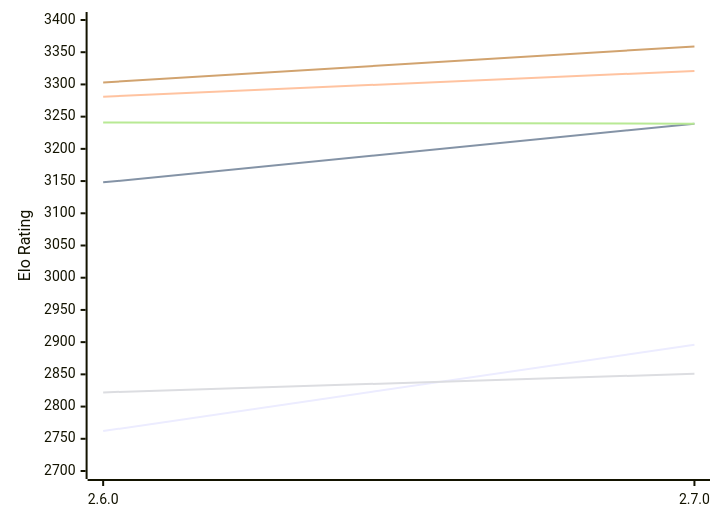
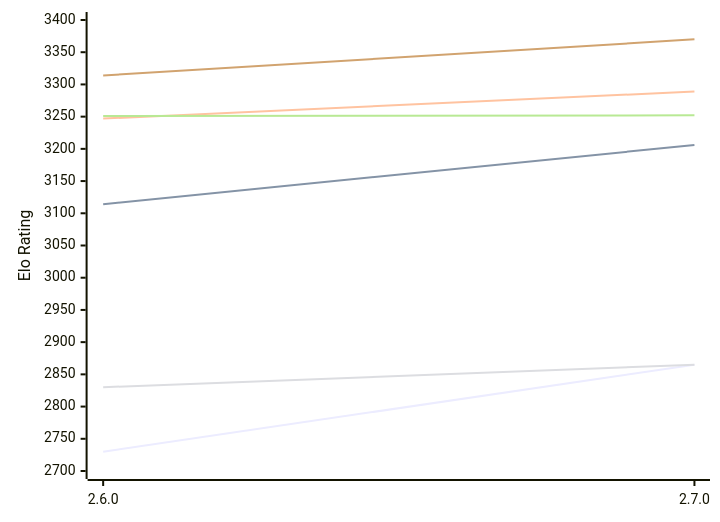
One commit to computer-chess-index/cci changed the first of 2 diagrams in engines/Sturddle2.md. Above: the diagram before and after it, drawn with Mermaid. The commit also changed other lines of this file, not shown here.

Commit message:
Update CCI Ratings (ELO VLTC) - 2026-11-12

````diff
--- a/engines/Sturddle2.md
+++ b/engines/Sturddle2.md
@@ -51,12 +51,12 @@
 ```mermaid
 %%{init: {"theme":"base","themeVariables":{"seriesColors:['#a3a3a3','#222221','#faa371']}}}%%
 xychart-beta
   x-axis ["2.6.0", "2.7.0"]
   y-axis "Elo Rating" 2700 --> 3400
-  line "E1: STC (8.0+0.08s)" [2762, 2896]
-  line "E1: LTC (60.0+0.60s)" [3148, 3239]
-  line "E1: VLTC (2m24s+1.12s)" [3281, 3321]
-  line "P1: STC (8.0+0.08s)" [2822, 2851]
-  line "P1: LTC (60.0+0.60s)" [3241, 3239]
-  line "P1: VLTC (2m24s+1.12s)" [3303, 3359]
+  line "E1: STC (8.0+0.08s)" [2730, 2865]
+  line "E1: LTC (60.0+0.60s)" [3114, 3206]
+  line "E1: VLTC (2m24s+1.12s)" [3247, 3289]
+  line "P1: STC (8.0+0.08s)" [2830, 2865]
+  line "P1: LTC (60.0+0.60s)" [3251, 3252]
+  line "P1: VLTC (2m24s+1.12s)" [3314, 3370]
 ```
````
